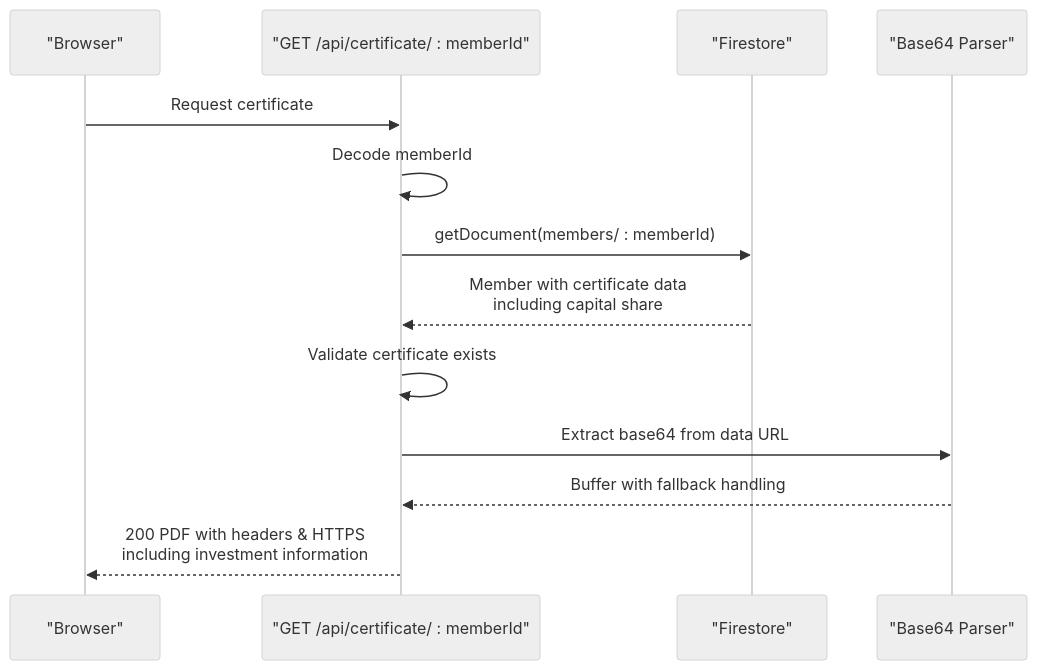
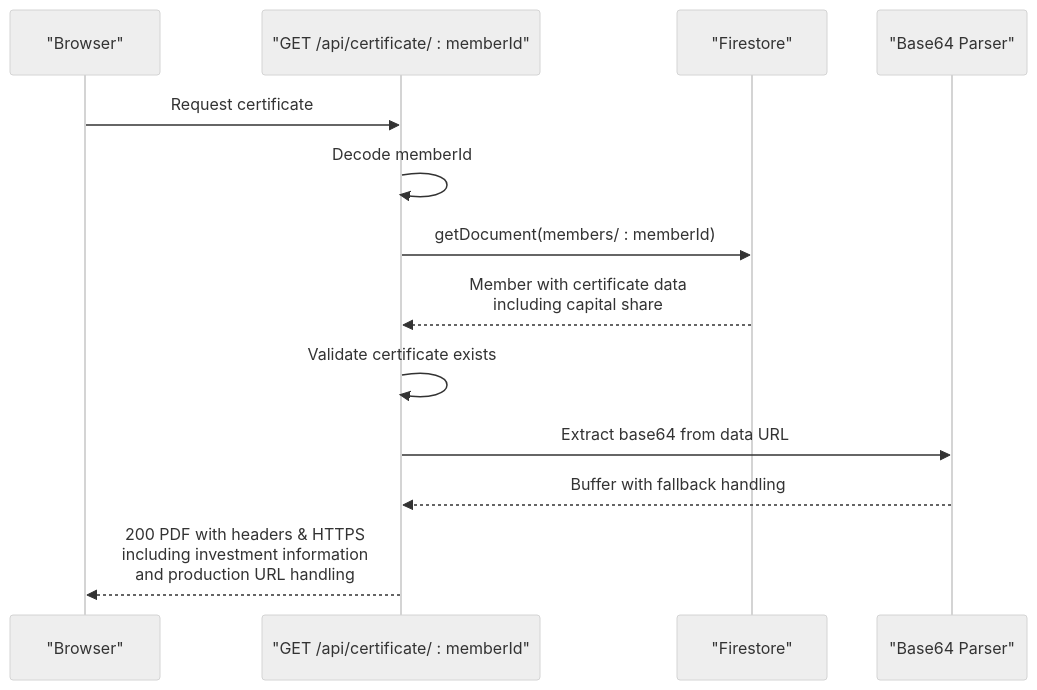
Before and after one commit to Unsure-bry/sampacoop_system: the fifth of 7 diagrams in .qoder/repowiki/en/content/Email & Notification System/Certificate Generation System.md, drawn with Mermaid (neutral theme). The commit also changed other lines of this file and 3 other files, not shown here.

````diff
--- a/.qoder/repowiki/en/content/Email & Notification System/Certificate Generation System.md
+++ b/.qoder/repowiki/en/content/Email & Notification System/Certificate Generation System.md
@@ -340,15 +373,15 @@
 ```mermaid
 sequenceDiagram
 participant Client as "Browser"
 participant API as "GET /api/certificate/ : memberId"
 participant FS as "Firestore"
 participant Util as "Base64 Parser"
 Client->>API : Request certificate
 API->>API : Decode memberId
 API->>FS : getDocument(members/ : memberId)
 FS-->>API : Member with certificate data<br/>including capital share
 API->>API : Validate certificate exists
 API->>Util : Extract base64 from data URL
 Util-->>API : Buffer with fallback handling
-API-->>Client : 200 PDF with headers & HTTPS<br/>including investment information
+API-->>Client : 200 PDF with headers & HTTPS<br/>including investment information<br/>and production URL handling
 ```
````
